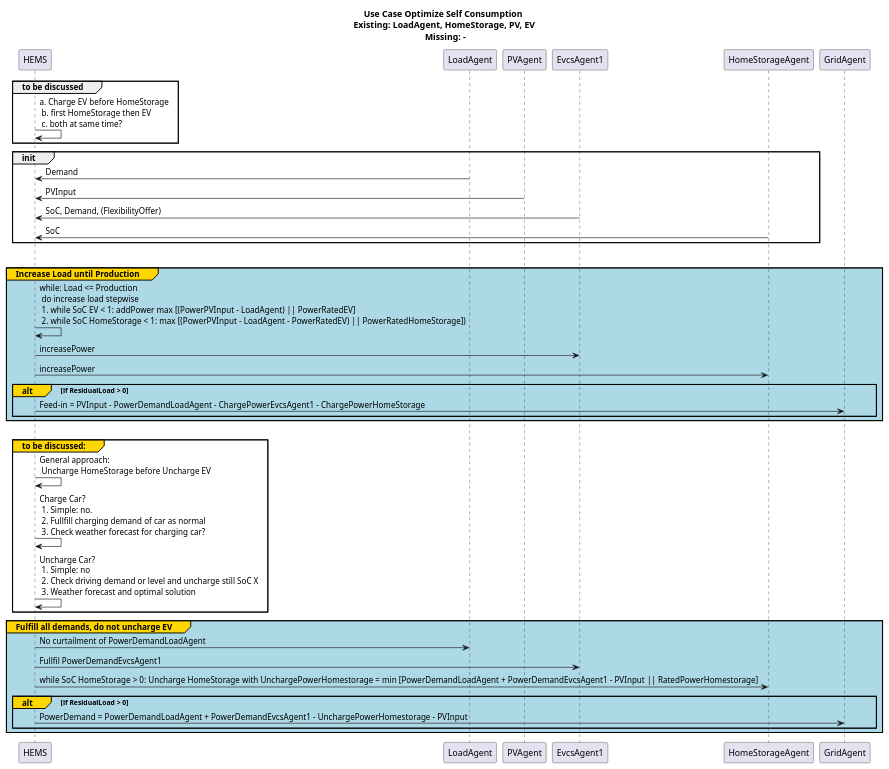
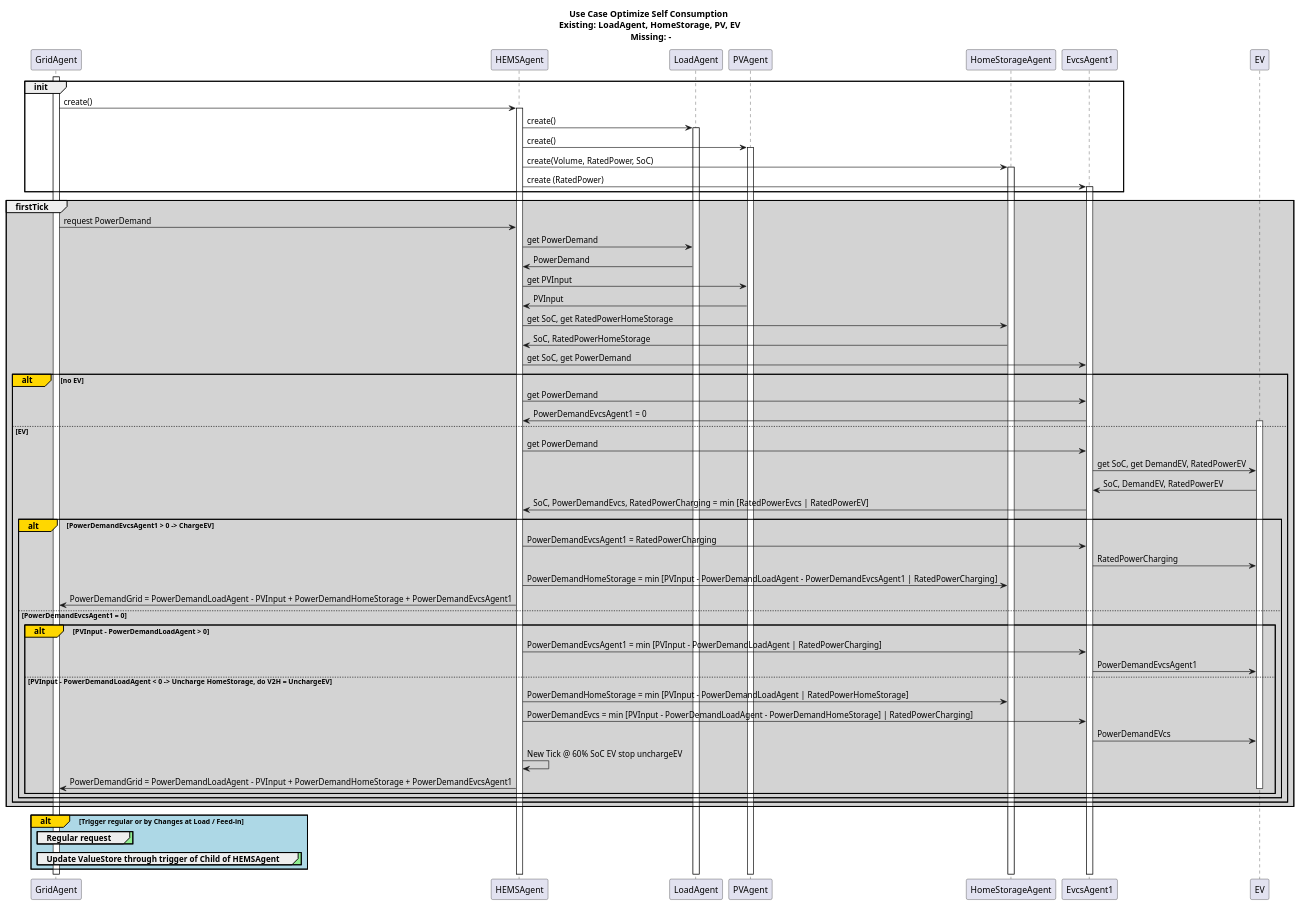
The diagram in docs/uml/protocol/HEMS_Control/HemsControlSelfOptLoadPvStorageEv.puml (ie3-institute/simona), drawn with PlantUML before and after one commit. The commit also changed 6 other files, not shown here.

Commit message:
Harmonize Order of Agents in Sequence Diagramm Init Process of Agents Process diagram of new trigger First draft of documentation

```diff
--- a/docs/uml/protocol/HEMS_Control/HemsControlSelfOptLoadPvStorageEv.puml
+++ b/docs/uml/protocol/HEMS_Control/HemsControlSelfOptLoadPvStorageEv.puml
@@ -1,36 +1,78 @@
 @startuml
 title Use Case Optimize Self Consumption \n Existing: LoadAgent, HomeStorage, PV, EV \n Missing: -
-group to be discussed
-    HEMS -> HEMS: a. Charge EV before HomeStorage \n b. first HomeStorage then EV \n c. both at same time?
+participant GridAgent
+participant HEMSAgent
+participant LoadAgent
+participant PVAgent
+participant HomeStorageAgent
+participant EvcsAgent1
+participant EV
+/'group to be discussed
+    HEMSAgent -> HEMSAgent: a. Charge EV before HomeStorage \n b. first HomeStorage then EV \n c. both at same time?
+        end '/
+group init
+    activate GridAgent
+    GridAgent -> HEMSAgent: create()
+    activate HEMSAgent
+    HEMSAgent -> LoadAgent: create()
+    activate LoadAgent
+    HEMSAgent -> PVAgent: create()
+    activate PVAgent
+    HEMSAgent -> HomeStorageAgent: create(Volume, RatedPower, SoC)
+    activate HomeStorageAgent
+    HEMSAgent -> EvcsAgent1: create (RatedPower)
+    activate EvcsAgent1
+    end
+group #LightGrey firstTick
+    GridAgent -> HEMSAgent: request PowerDemand
+    HEMSAgent -> LoadAgent: get PowerDemand
+    LoadAgent -> HEMSAgent: PowerDemand
+    HEMSAgent -> PVAgent: get PVInput
+    PVAgent -> HEMSAgent: PVInput
+    HEMSAgent -> HomeStorageAgent: get SoC, get RatedPowerHomeStorage
+    HomeStorageAgent -> HEMSAgent:  SoC, RatedPowerHomeStorage
+    HEMSAgent -> EvcsAgent1: get SoC, get PowerDemand
+    alt#Gold no EV
+    HEMSAgent -> EvcsAgent1: get PowerDemand
+    EvcsAgent1 -> HEMSAgent: PowerDemandEvcsAgent1 = 0
+    else EV
+    activate EV
+        HEMSAgent -> EvcsAgent1: get PowerDemand
+        EvcsAgent1 -> EV: get SoC, get DemandEV, RatedPowerEV
+        EV -> EvcsAgent1: SoC, DemandEV, RatedPowerEV
+        EvcsAgent1 -> HEMSAgent: SoC, PowerDemandEvcs, RatedPowerCharging = min [RatedPowerEvcs  | RatedPowerEV]
+        /' If there is Demand of the EV to be charged, this will be fulfilled at max Power
+        '/
+        alt#Gold PowerDemandEvcsAgent1 > 0 -> ChargeEV
+            HEMSAgent -> EvcsAgent1: PowerDemandEvcsAgent1 = RatedPowerCharging
+            EvcsAgent1 -> EV: RatedPowerCharging
+            HEMSAgent -> HomeStorageAgent: PowerDemandHomeStorage = min [PVInput - PowerDemandLoadAgent - PowerDemandEvcsAgent1 | RatedPowerCharging]
+            HEMSAgent -> GridAgent: PowerDemandGrid = PowerDemandLoadAgent - PVInput + PowerDemandHomeStorage + PowerDemandEvcsAgent1
+        /' If there is NO Demand of the EV to be charged,
+            if there is more PV then Demand of LoadAgent, EV will be charged with min of PV - DemandLoadAgent or with RatedPowerCharging (Delta to Homestorage or then Feed-in )
+            if there is less PV then Demand of LoadAgent, HomeStorage will be uncharged, if this isn't enough to avoid taking power from Grid, EV will be uncharged till SoC !=< 60%
+            '/
+        else PowerDemandEvcsAgent1 = 0
+            alt#Gold PVInput - PowerDemandLoadAgent > 0 /' Soc !< 1 '/
+            HEMSAgent -> EvcsAgent1: PowerDemandEvcsAgent1 = min [PVInput - PowerDemandLoadAgent | RatedPowerCharging]
+            EvcsAgent1 -> EV: PowerDemandEvcsAgent1
+            else PVInput - PowerDemandLoadAgent < 0 -> Uncharge HomeStorage, do V2H = UnchargeEV /' SoC !> 60 '/
+            HEMSAgent -> HomeStorageAgent: PowerDemandHomeStorage = min [PVInput - PowerDemandLoadAgent | RatedPowerHomeStorage] /'TODO it's not minimum should be Minimum of Absolute Value, but preserve the direction of energy flow '/
+            HEMSAgent -> EvcsAgent1: PowerDemandEvcs = min [PVInput - PowerDemandLoadAgent - PowerDemandHomeStorage] | RatedPowerCharging]
+            EvcsAgent1 -> EV: PowerDemandEVcs
+            HEMSAgent -> HEMSAgent: New Tick @ 60% SoC EV stop unchargeEV
+            HEMSAgent -> GridAgent: PowerDemandGrid = PowerDemandLoadAgent - PVInput + PowerDemandHomeStorage + PowerDemandEvcsAgent1
+            deactivate EV
+            end
         end
-group init
-LoadAgent -> HEMS: Demand
-PVAgent -> HEMS: PVInput
-EvcsAgent1 -> HEMS: SoC, Demand, (FlexibilityOffer)
-HomeStorageAgent -> HEMS: SoC
-end
-alt#Gold #LightBlue Load <= Production
-group#Gold #LightBlue Increase Load until Production
-    HEMS -> HEMS: while: Load <= Production \n do increase load stepwise \n 1. while SoC EV < 1: addPower max [(PowerPVInput - LoadAgent) || PowerRatedEV] \n 2. while SoC HomeStorage < 1: max [(PowerPVInput - LoadAgent - PowerRatedEV) || PowerRatedHomeStorage])
-    HEMS -> EvcsAgent1: increasePower
-    HEMS -> HomeStorageAgent: increasePower
-    alt#Gold if ResidualLoad > 0
-    HEMS -> GridAgent: Feed-in =  PVInput - PowerDemandLoadAgent - ChargePowerEvcsAgent1 - ChargePowerHomeStorage
     end
     end
 
-else #Pink Load > Production
-    group#Gold to be discussed:
-    HEMS -> HEMS: General approach:\n Uncharge HomeStorage before Uncharge EV
-    HEMS -> HEMS: Charge Car?\n 1. Simple: no. \n 2. Fullfill charging demand of car as normal \n 3. Check weather forecast for charging car?
-    HEMS -> HEMS: Uncharge Car?\n 1. Simple: no \n 2. Check driving demand or level and uncharge still SoC X \n 3. Weather forecast and optimal solution
+
+alt#Gold #LightBlue Trigger regular or by Changes at Load / Feed-in
+    group #LightGreen Regular request
     end
-    group#Gold #LightBlue Fulfill all demands, do not uncharge EV
-    HEMS -> LoadAgent: No curtailment of PowerDemandLoadAgent
-    HEMS -> EvcsAgent1: Fullfil PowerDemandEvcsAgent1
-    HEMS -> HomeStorageAgent: while SoC HomeStorage > 0: Uncharge HomeStorage with UnchargePowerHomestorage = min [PowerDemandLoadAgent + PowerDemandEvcsAgent1 - PVInput || RatedPowerHomestorage]
-    alt#Gold if ResidualLoad > 0
-    HEMS -> GridAgent: PowerDemand = PowerDemandLoadAgent + PowerDemandEvcsAgent1 - UnchargePowerHomestorage - PVInput
+    group #LightGreen Update ValueStore through trigger of Child of HEMSAgent
     end
 end
 @enduml
```
